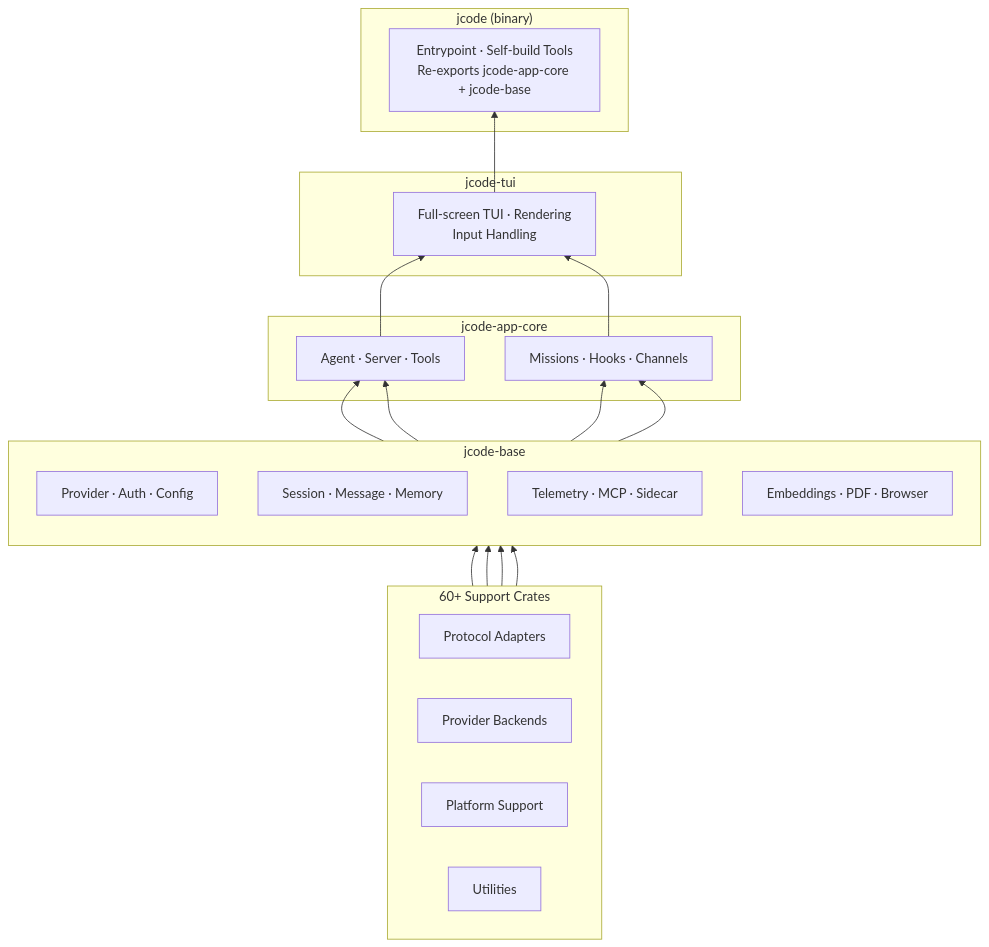
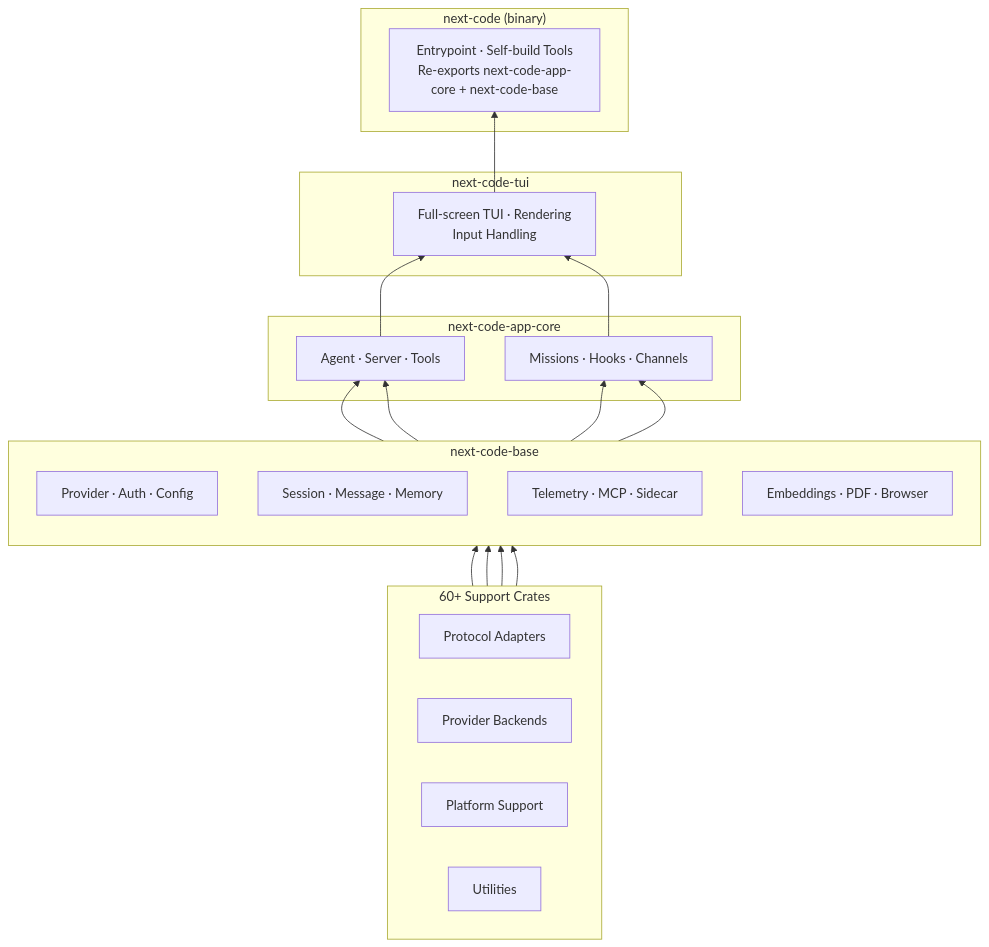
The first of 2 diagrams in README.md (quangdang46/next-code), drawn with Mermaid before and after one commit. The commit also changed other lines of this file and 2195 other files, not shown here.

First line of the commit message:
rebrand: jcode → next-code (cargo identity, dual-read, install, CI)

````diff
--- a/README.md
+++ b/README.md
@@ -725,43 +727,43 @@
 ```mermaid
 graph BT
     subgraph support["60+ Support Crates"]
         direction LR
         SC1["Protocol Adapters"]
         SC2["Provider Backends"]
         SC3["Platform Support"]
         SC4["Utilities"]
     end
 
-    subgraph base["jcode-base"]
+    subgraph base["next-code-base"]
         direction TB
         B1["Provider · Auth · Config"]
         B2["Session · Message · Memory"]
         B3["Telemetry · MCP · Sidecar"]
         B4["Embeddings · PDF · Browser"]
     end
 
-    subgraph core["jcode-app-core"]
+    subgraph core["next-code-app-core"]
         A1["Agent · Server · Tools"]
         A2["Missions · Hooks · Channels"]
     end
 
-    subgraph tui["jcode-tui"]
+    subgraph tui["next-code-tui"]
         T["Full-screen TUI · Rendering\nInput Handling"]
     end
 
-    subgraph bin["jcode (binary)"]
-        J["Entrypoint · Self-build Tools\nRe-exports jcode-app-core + jcode-base"]
+    subgraph bin["next-code (binary)"]
+        J["Entrypoint · Self-build Tools\nRe-exports next-code-app-core + next-code-base"]
     end
 
     SC1 --> B1
     SC2 --> B3
     SC3 --> B4
     SC4 --> B2
     B1 --> A1
     B2 --> A1
     B3 --> A2
     B4 --> A2
     A1 --> T
     A2 --> T
     T --> J
 ```
````
